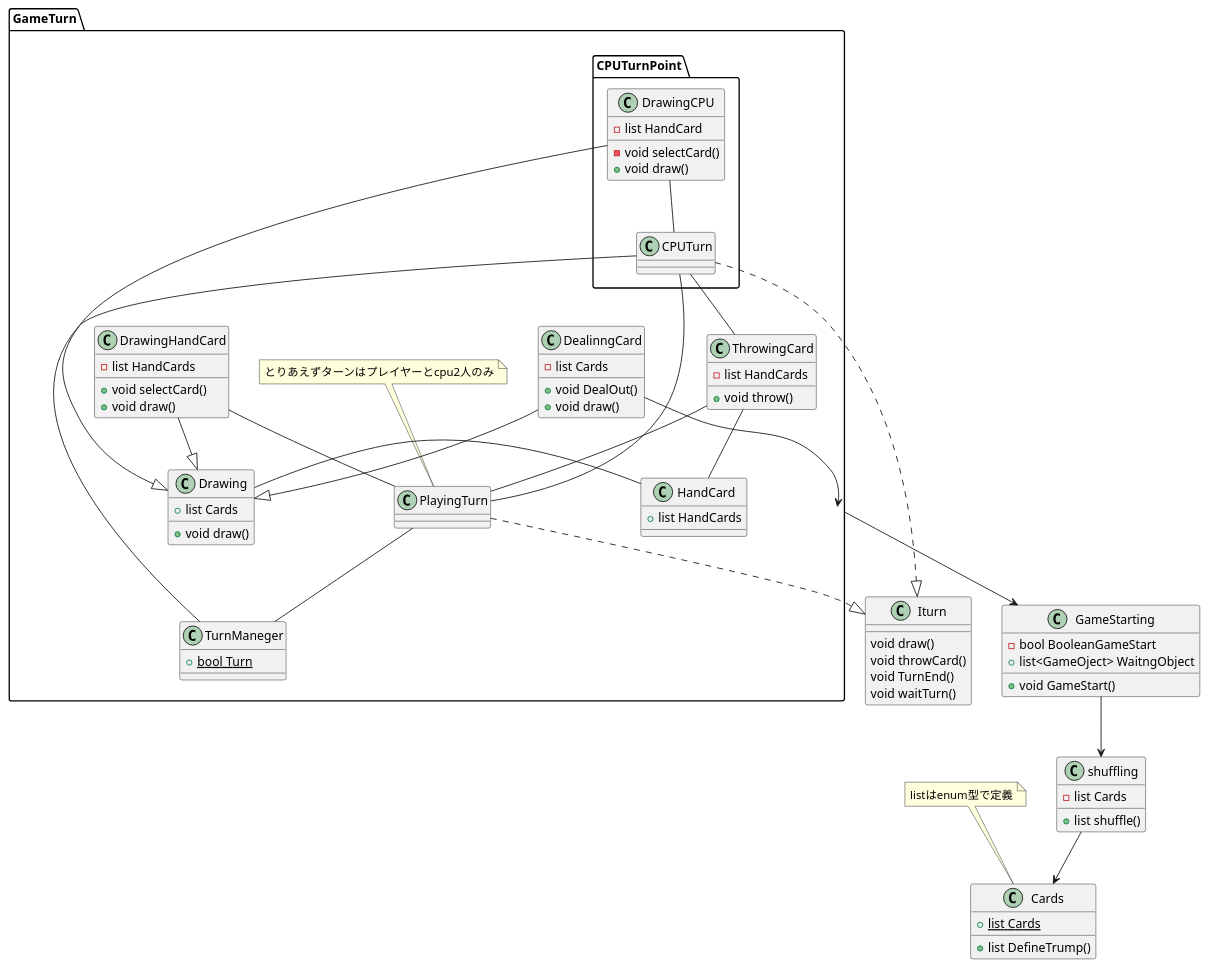
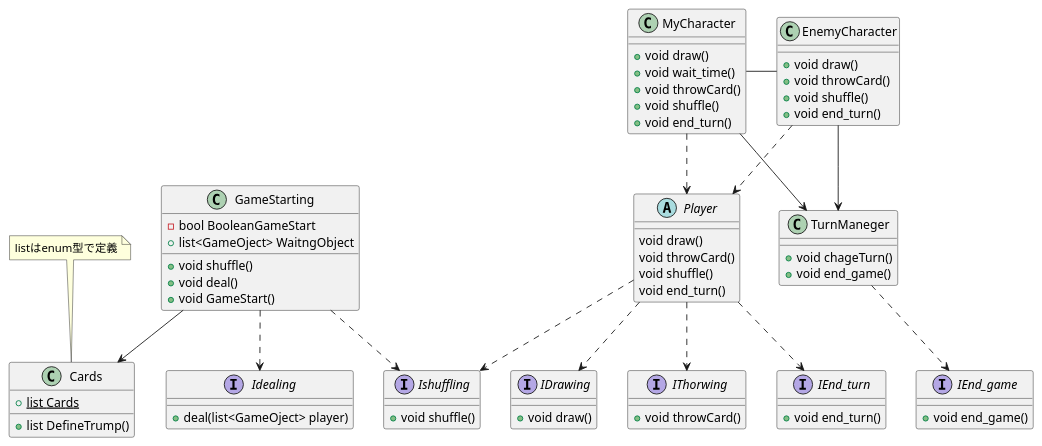
One commit to 44yyp9/TrumpGameAnthology changed the diagram in Assets/Assets/script/Script_Architecture.pu. Above: the diagram before and after it, drawn with PlantUML.

Commit message:
[Update]Chaged_Script_Architecture

```diff
--- a/Assets/Assets/script/Script_Architecture.pu
+++ b/Assets/Assets/script/Script_Architecture.pu
@@ -1,84 +1,71 @@
 @startuml CardGame
 
 class Cards{
   +{static} list Cards
   +list DefineTrump()
 }
 note top of Cards
   listはenum型で定義
 end note
 class GameStarting{
   -bool BooleanGameStart
   +list<GameOject> WaitngObject
+  +void shuffle()
+  +void deal()
   +void GameStart()
 }
-class shuffling{
-  - list Cards
-  +list shuffle()
+interface Ishuffling{
+  +void shuffle()
 }
-namespace GameTurn{
-class DealinngCard{
-  - list Cards
-  +void DealOut()
-  + void draw()
+interface Idealing{
+  +deal(list<GameOject> player)
 }
-class HandCard{
-  +list HandCards
+abstract class Player{
+  void draw()
+  void throwCard()
+  void shuffle()
+  void end_turn()
 }
-class DrawingHandCard{
-  -list HandCards
-  +void selectCard()
+class MyCharacter{
+  +void draw()
+  +void wait_time()
+  +void throwCard()
+  +void shuffle()
+  +void end_turn()
+}
+class EnemyCharacter{
+  +void draw()
+  +void throwCard()
+  +void shuffle()
+  +void end_turn()
+}
+class TurnManeger{
+  +void chageTurn()
+  +void end_game()
+}
+interface IDrawing{
   +void draw()
 }
-class Drawing{
-  +list Cards
-  +void draw()
+interface IThorwing{
+  +void throwCard()
 }
-class PlayingTurn{
-
+interface IEnd_game{
+  +void end_game()
 }
-class TurnManeger{
-  +{static} bool Turn
+interface IEnd_turn{
+  +void end_turn()
 }
-note top of PlayingTurn
-  とりあえずターンはプレイヤーとcpu2人のみ
-end note
-class ThrowingCard{
-  -list HandCards
-  +void throw()
-}
-namespace CPUTurnPoint{
-class DrawingCPU{
-  -list HandCard
-  -void selectCard()
-  +void draw()
-}
-class CPUTurn{
-}
-}
-}
-class Iturn{
-  void draw()
-  void throwCard()
-  void TurnEnd()
-  void waitTurn()
-}
-DrawingHandCard --|>Drawing
-DealinngCard --|>Drawing
-DrawingCPU--|>Drawing
-shuffling-->Cards
-GameStarting-->shuffling
-GameTurn-->GameStarting
-CPUTurn--PlayingTurn
-DealinngCard-->GameTurn
-CPUTurn--ThrowingCard
-ThrowingCard--PlayingTurn
-ThrowingCard--HandCard
-DrawingHandCard--PlayingTurn
-DrawingCPU--CPUTurn
-Drawing-HandCard
-CPUTurn ..|> Iturn
-PlayingTurn ..|> Iturn
-CPUTurn--TurnManeger
-PlayingTurn--TurnManeger
+GameStarting..>Ishuffling
+GameStarting..>Idealing
+MyCharacter..>Player
+EnemyCharacter..>Player
+TurnManeger..>IEnd_game
+Player..>IDrawing
+Player..>IThorwing
+Player..>IEnd_turn
+Player..>Ishuffling
+MyCharacter-EnemyCharacter
+MyCharacter-->TurnManeger
+EnemyCharacter-->TurnManeger
+GameStarting-->Cards
 @enduml
```
